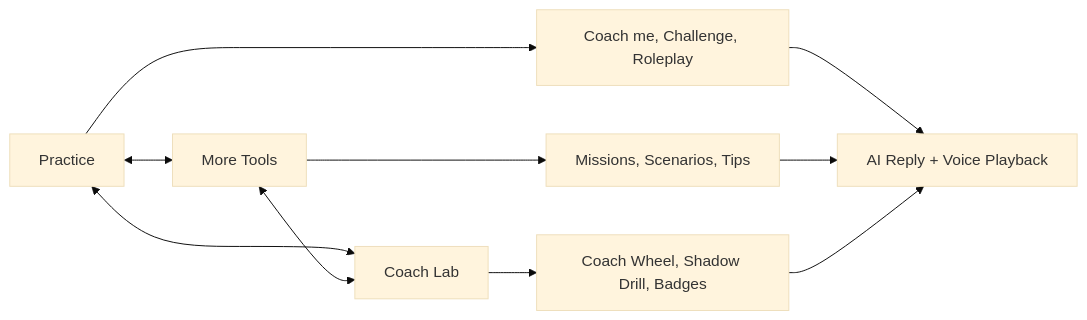
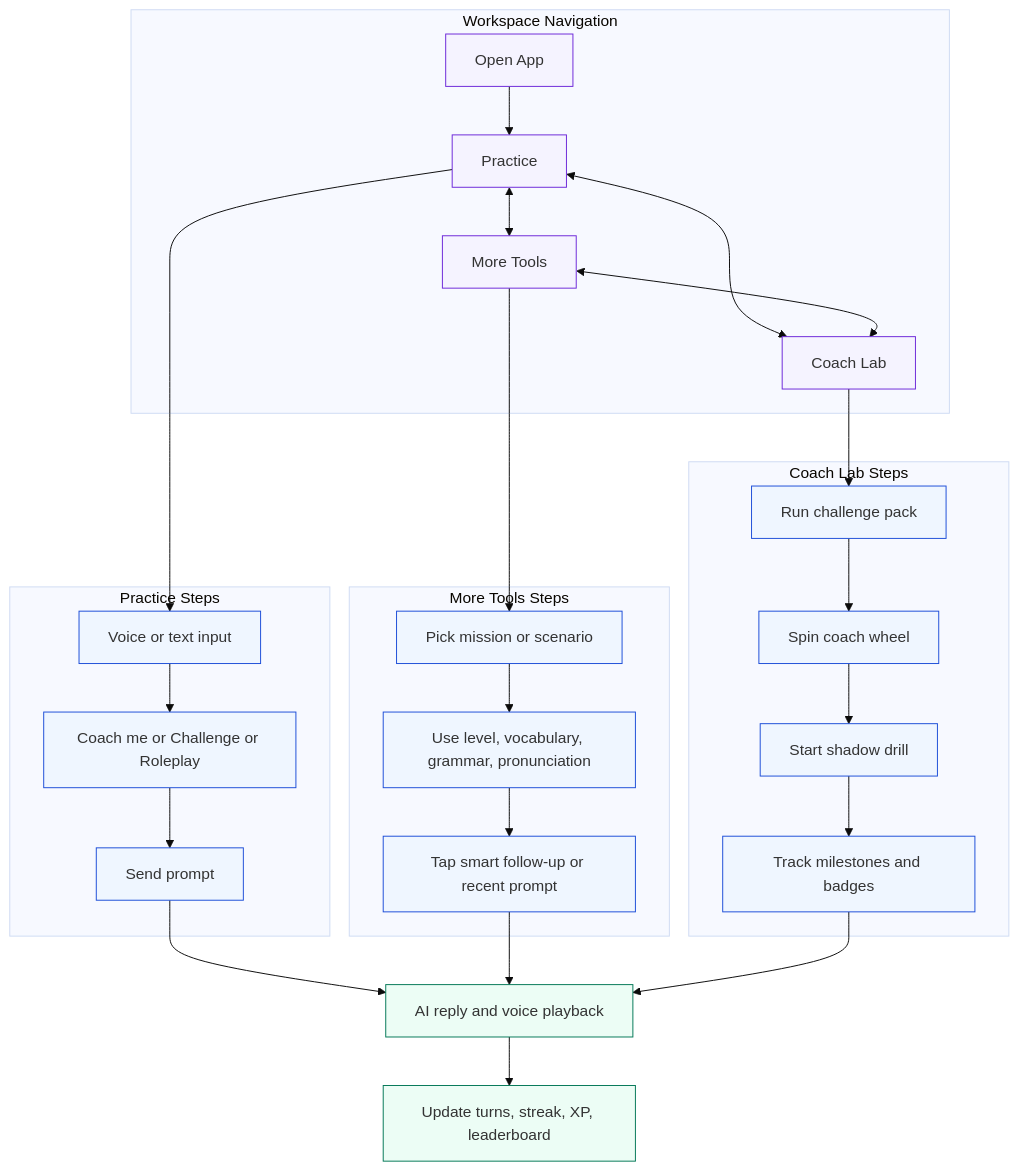
Before and after one commit to athiq2u/MoonSpeak-AI: the second of 2 diagrams in README.md, drawn with Mermaid (base theme). The commit also changed other lines of this file, not shown here.

Commit message:
docs: upgrade README diagrams with full-step styled layout

````diff
--- a/README.md
+++ b/README.md
@@ -333,18 +380,49 @@
 ```mermaid
-flowchart LR
-  P[Practice]
-  M[More Tools]
-  C[Coach Lab]
+flowchart TB
+  subgraph NAV[Workspace Navigation]
+    HOME[Open App]
+    P[Practice]
+    M[More Tools]
+    C[Coach Lab]
+    HOME --> P
+    P <--> M
+    P <--> C
+    M <--> C
+  end
 
-  P <--> M
-  P <--> C
-  M <--> C
+  subgraph PRACTICE[Practice Steps]
+    P1[Voice or text input]
+    P2[Coach me or Challenge or Roleplay]
+    P3[Send prompt]
+  end
 
-  P --> A1[Coach me, Challenge, Roleplay]
-  M --> A2[Missions, Scenarios, Tips]
-  C --> A3[Coach Wheel, Shadow Drill, Badges]
+  subgraph TOOLS[More Tools Steps]
+    M1[Pick mission or scenario]
+    M2[Use level, vocabulary, grammar, pronunciation]
+    M3[Tap smart follow-up or recent prompt]
+  end
 
-  A1 --> OUT[AI Reply + Voice Playback]
-  A2 --> OUT
-  A3 --> OUT
+  subgraph LAB[Coach Lab Steps]
+    C1[Run challenge pack]
+    C2[Spin coach wheel]
+    C3[Start shadow drill]
+    C4[Track milestones and badges]
+  end
+
+  P --> P1 --> P2 --> P3
+  M --> M1 --> M2 --> M3
+  C --> C1 --> C2 --> C3 --> C4
+
+  P3 --> OUT[AI reply and voice playback]
+  M3 --> OUT
+  C4 --> OUT
+  OUT --> PROG[Update turns, streak, XP, leaderboard]
+
+  classDef nav fill:#F5F3FF,stroke:#6D28D9,stroke-width:1px;
+  classDef action fill:#EFF6FF,stroke:#1D4ED8,stroke-width:1px;
+  classDef outcome fill:#ECFDF5,stroke:#047857,stroke-width:1px;
+
+  class HOME,P,M,C nav;
+  class P1,P2,P3,M1,M2,M3,C1,C2,C3,C4 action;
+  class OUT,PROG outcome;
 ```
````
